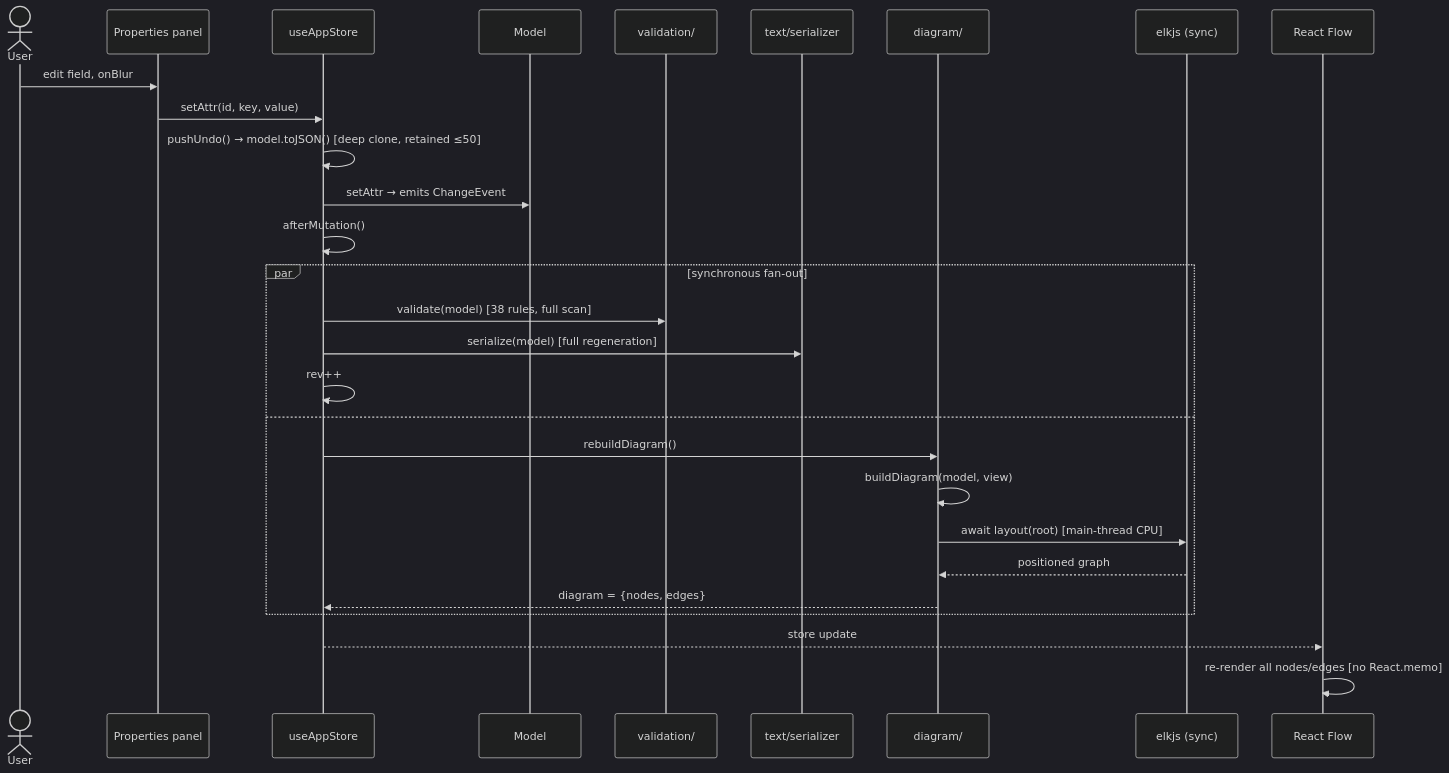
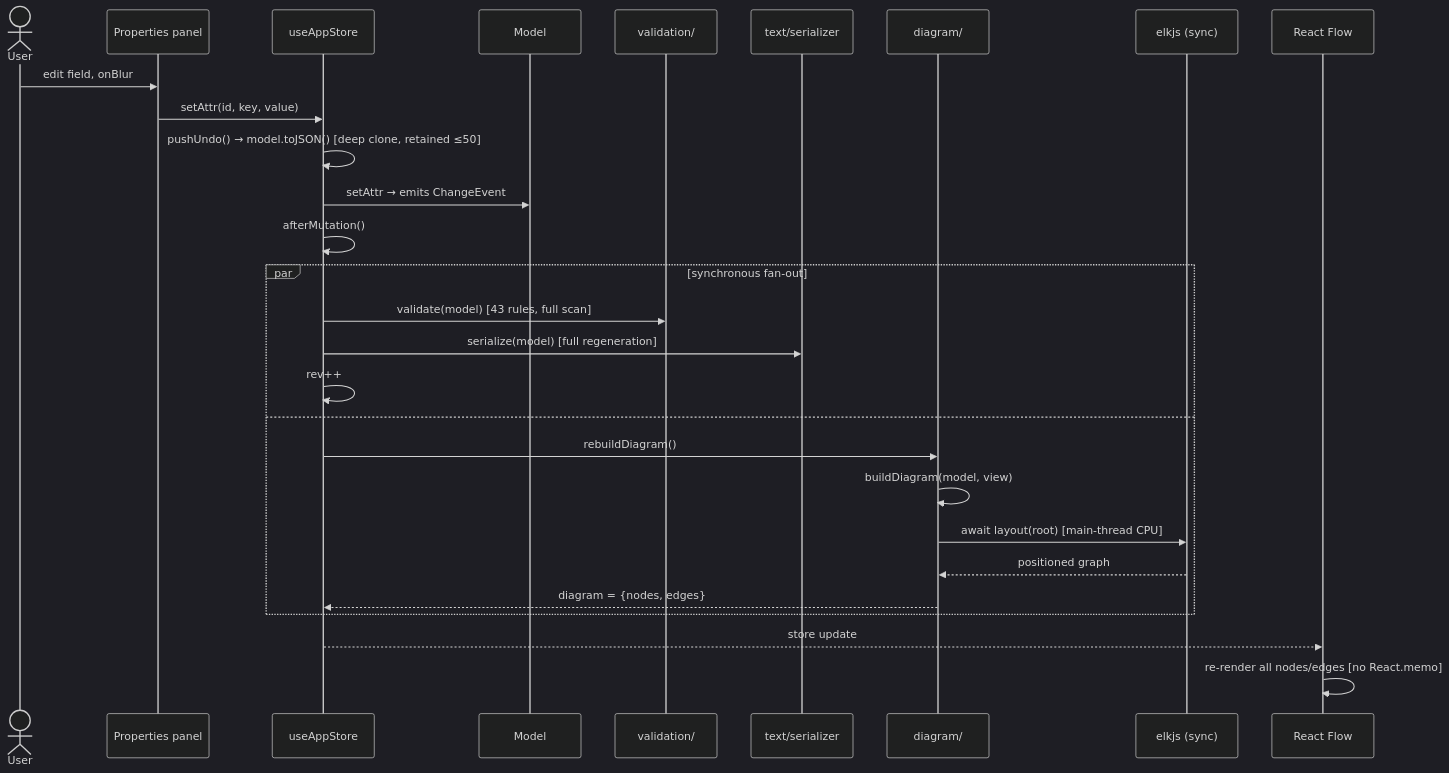
One commit to cosmindxu/sysprose changed the second of 8 diagrams in docs/architecture/06-sequence-diagrams.md. Above: the diagram before and after it, drawn with Mermaid (dark theme). The commit also changed 8 other files, not shown here.

````diff
--- a/docs/architecture/06-sequence-diagrams.md
+++ b/docs/architecture/06-sequence-diagrams.md
@@ -30,31 +30,31 @@
 ```mermaid
 sequenceDiagram
     actor U as User
     participant P as Properties panel
     participant S as useAppStore
     participant M as Model
     participant V as validation/
     participant T as text/serializer
     participant D as diagram/
     participant ELK as elkjs (sync)
     participant RF as React Flow
 
     U->>P: edit field, onBlur
     P->>S: setAttr(id, key, value)
     S->>S: pushUndo() → model.toJSON() [deep clone, retained ≤50]
     S->>M: setAttr → emits ChangeEvent
     S->>S: afterMutation()
     par synchronous fan-out
-        S->>V: validate(model) [38 rules, full scan]
+        S->>V: validate(model) [43 rules, full scan]
         S->>T: serialize(model) [full regeneration]
         S->>S: rev++
     and
         S->>D: rebuildDiagram()
         D->>D: buildDiagram(model, view)
         D->>ELK: await layout(root) [main-thread CPU]
         ELK-->>D: positioned graph
         D-->>S: diagram = {nodes, edges}
     end
     S-->>RF: store update
     RF->>RF: re-render all nodes/edges [no React.memo]
 ```
````
